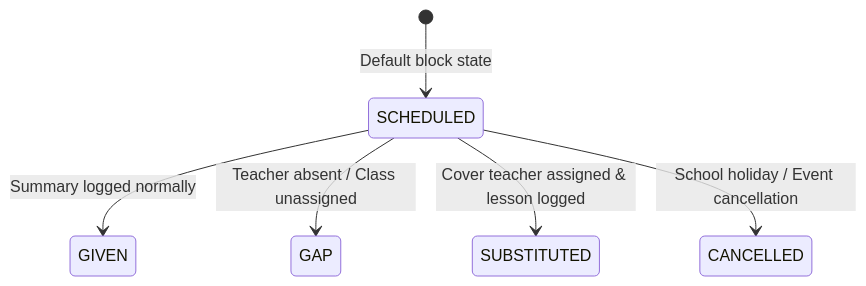
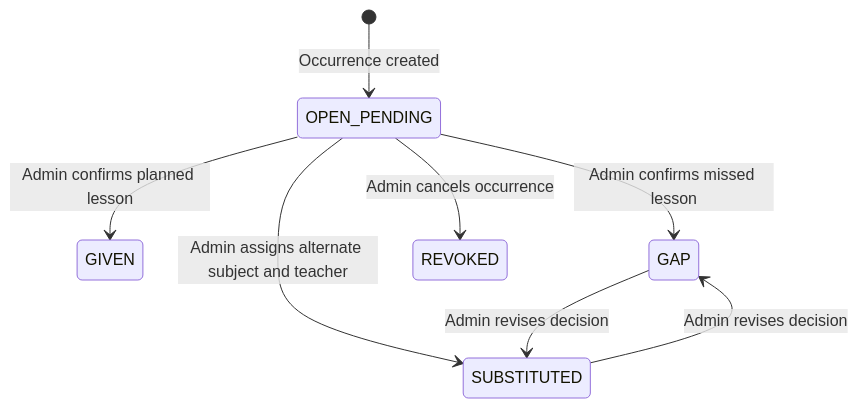
Before and after one commit to ORIOP25/Cronos: the diagram in documentation/04_operational_features/OCCURRENCES_AND_SUBSTITUTIONS.md, drawn with Mermaid. The commit also changed other lines of this file and 35 other files, not shown here.

````diff
--- a/documentation/04_operational_features/OCCURRENCES_AND_SUBSTITUTIONS.md
+++ b/documentation/04_operational_features/OCCURRENCES_AND_SUBSTITUTIONS.md
@@ -17,8 +17,10 @@
 ```mermaid
 stateDiagram-v2
-    [*] --> SCHEDULED : Default block state
-    SCHEDULED --> GIVEN : Summary logged normally
-    SCHEDULED --> GAP : Teacher absent / Class unassigned
-    SCHEDULED --> SUBSTITUTED : Cover teacher assigned & lesson logged
-    SCHEDULED --> CANCELLED : School holiday / Event cancellation
+    [*] --> OPEN_PENDING : Occurrence created
+    OPEN_PENDING --> GIVEN : Admin confirms planned lesson
+    OPEN_PENDING --> GAP : Admin confirms missed lesson
+    OPEN_PENDING --> SUBSTITUTED : Admin assigns alternate subject and teacher
+    GAP --> SUBSTITUTED : Admin revises decision
+    SUBSTITUTED --> GAP : Admin revises decision
+    OPEN_PENDING --> REVOKED : Admin cancels occurrence
 ```
````
